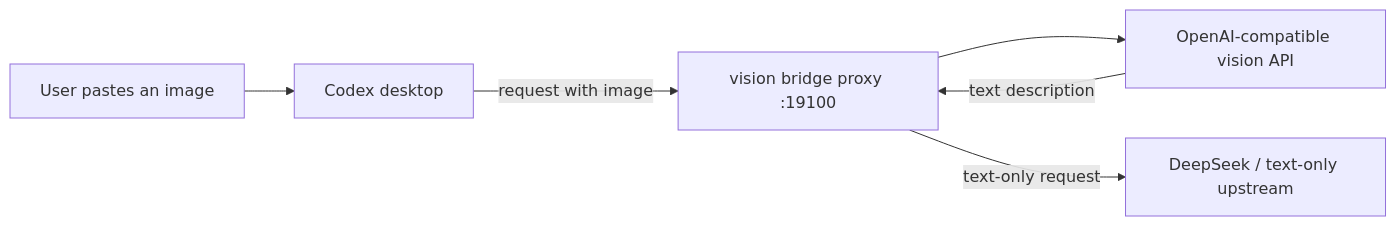
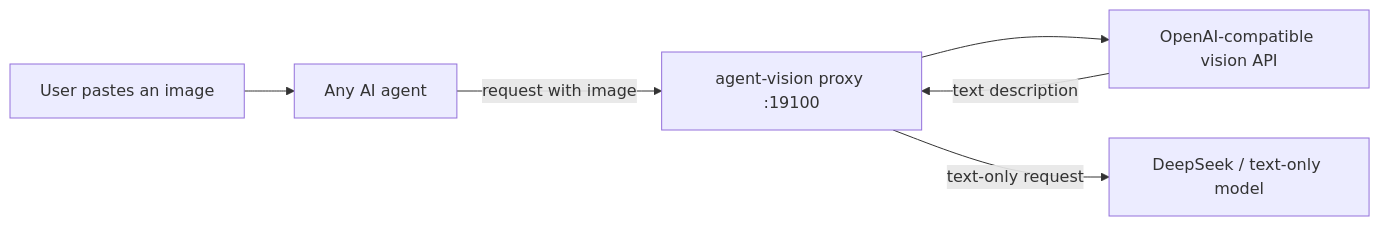
Before and after one commit to SIMON-WORLD/agent-vision: the diagram in README.md, drawn with Mermaid. The commit also changed other lines of this file and 25 other files, not shown here.

````diff
--- a/README.md
+++ b/README.md
@@ -24,8 +44,8 @@
 ```mermaid
 flowchart LR
-  U[User pastes an image] --> C[Codex desktop]
-  C -->|request with image| P[vision bridge proxy :19100]
+  U[User pastes an image] --> A[Any AI agent]
+  A -->|request with image| P[agent-vision proxy :19100]
   P --> V[OpenAI-compatible vision API]
   V -->|text description| P
-  P -->|text-only request| D[DeepSeek / text-only upstream]
+  P -->|text-only request| M[DeepSeek / text-only model]
 ```
````
